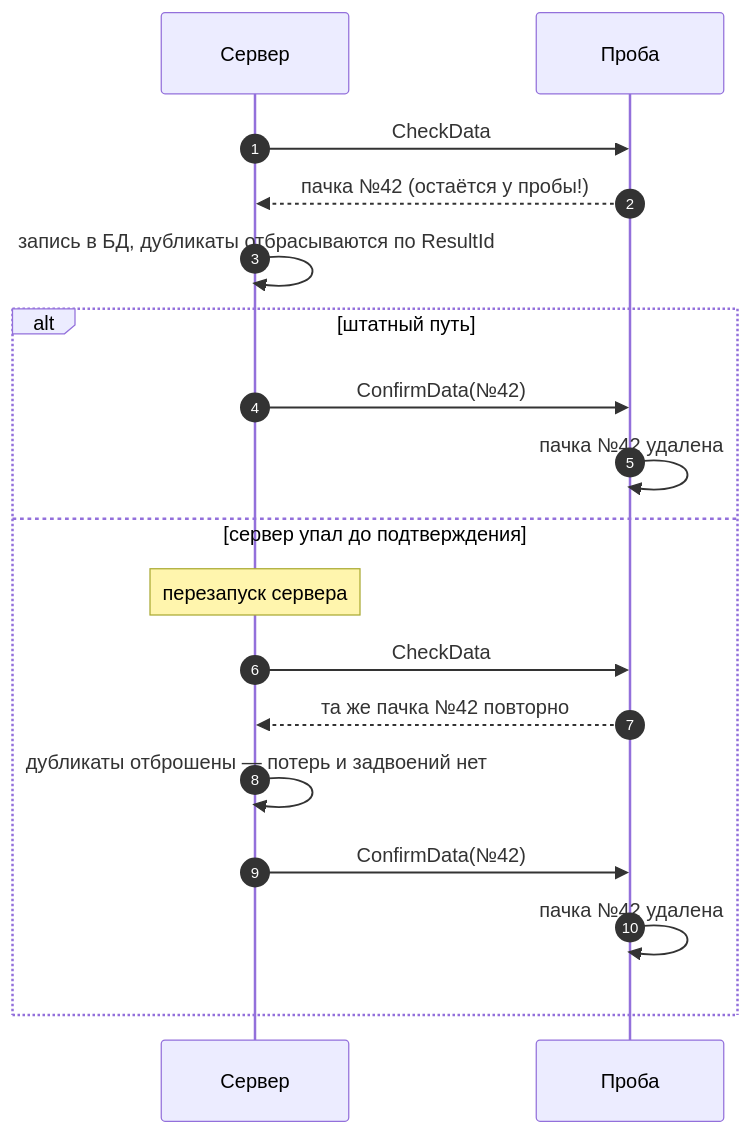
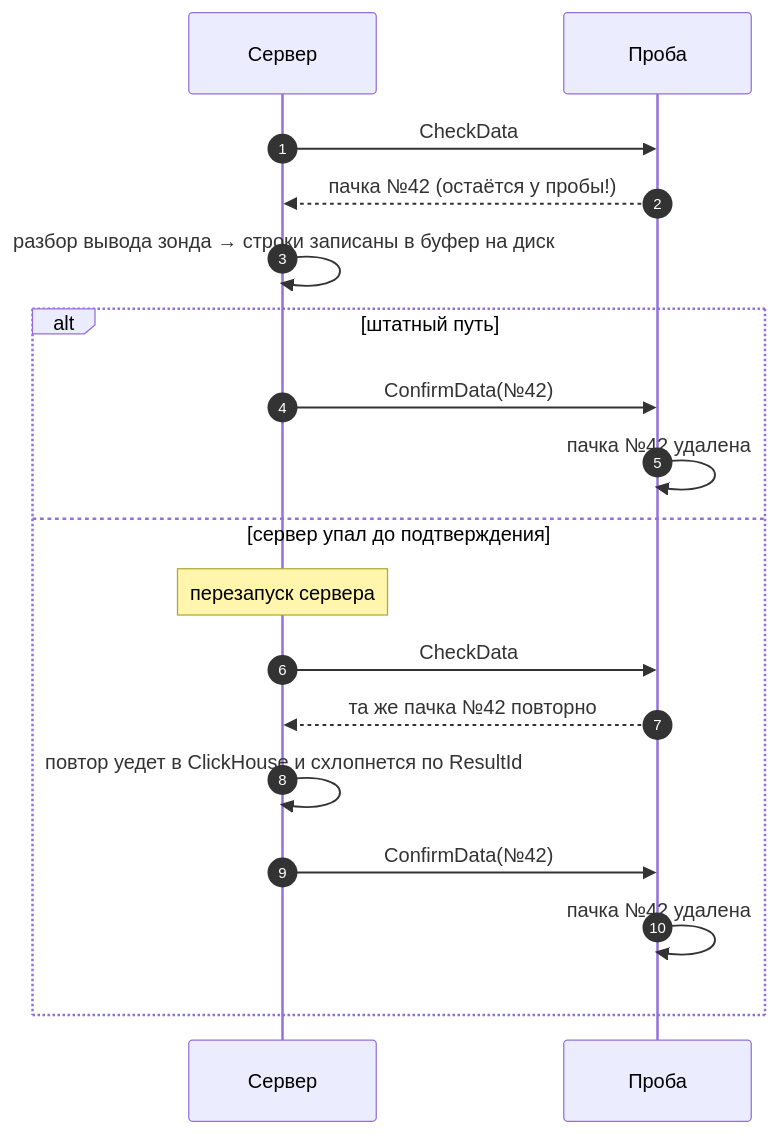
Before and after one commit to akprof2000/twamp-probe: the fourth of 11 diagrams in docs/architecture.md, drawn with Mermaid. The commit also changed other lines of this file and 31 other files, not shown here.

````diff
--- a/docs/architecture.md
+++ b/docs/architecture.md
@@ -126,22 +132,22 @@
 ```mermaid
 sequenceDiagram
     autonumber
     participant S as Сервер
     participant P as Проба
 
     S->>P: CheckData
     P-->>S: пачка №42 (остаётся у пробы!)
-    S->>S: запись в БД, дубликаты отбрасываются по ResultId
+    S->>S: разбор вывода зонда → строки записаны в буфер на диск
 
     alt штатный путь
         S->>P: ConfirmData(№42)
         P->>P: пачка №42 удалена
     else сервер упал до подтверждения
         Note over S: перезапуск сервера
         S->>P: CheckData
         P-->>S: та же пачка №42 повторно
-        S->>S: дубликаты отброшены — потерь и задвоений нет
+        S->>S: повтор уедет в ClickHouse и схлопнется по ResultId
         S->>P: ConfirmData(№42)
         P->>P: пачка №42 удалена
     end
 ```
````
